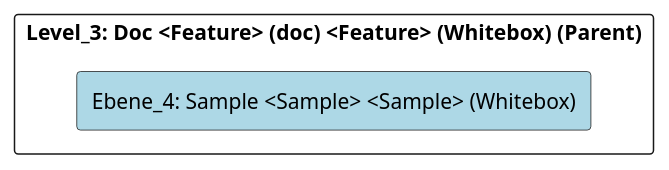
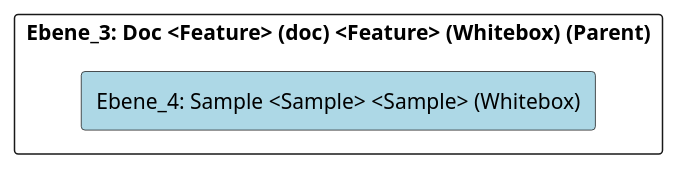
Before and after one commit to marcozwyssig/cleon: the diagram in doc/cleonproject_deliverables_architecture_model_architecture/adoc/de/05_bausteinsicht/cleon/common/doc/sample/ebene_4_sample.adoc, drawn with PlantUML. The commit also changed other lines of this file and 620 other files, not shown here.

```diff
--- a/doc/cleonproject_deliverables_architecture_model_architecture/adoc/de/05_bausteinsicht/cleon/common/doc/sample/ebene_4_sample.adoc
+++ b/doc/cleonproject_deliverables_architecture_model_architecture/adoc/de/05_bausteinsicht/cleon/common/doc/sample/ebene_4_sample.adoc
@@ -20,24 +20,24 @@
 [plantuml, Ebene_4: Sample <Sample> <Sample> (Whitebox)BlockOverview, format="svg"]
 ----
 @startuml Ebene_4: Sample <Sample> <Sample> (Whitebox)BuildingBlockOverview
 
 skinparam ranksep 10
 skinparam componentStyle rectangle
 skinparam shadowing false
 skinparam arrowColor lightblue
 skinparam arrowThickness 1.2
 skinparam rectangle {
   BackgroundColor White
   BorderColor #333
   RoundCorner 10
 }
 top to bottom direction
 
-component "Level_3: Doc <Feature> (doc) <Feature> (Whitebox) (Parent)" {
+component "Ebene_3: Doc <Feature> (doc) <Feature> (Whitebox) (Parent)" {
     component "Ebene_4: Sample <Sample> <Sample> (Whitebox)" #lightblue {
     }
 
 }
 
 @enduml
 ----
```
